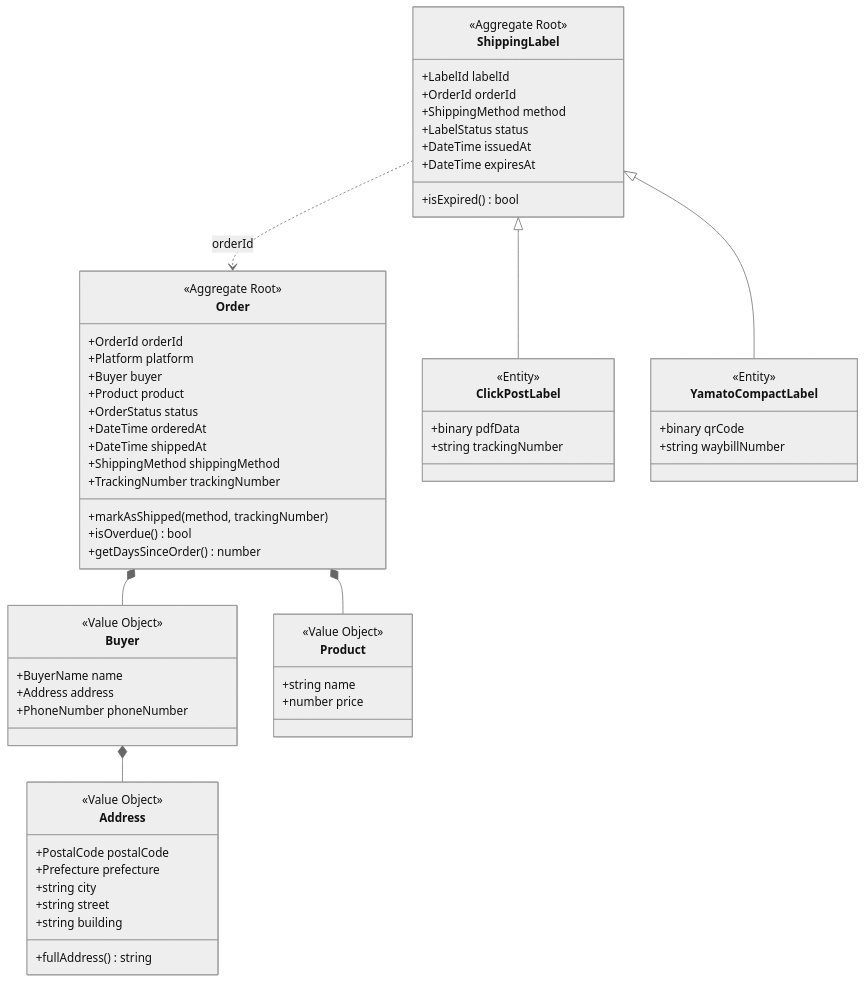
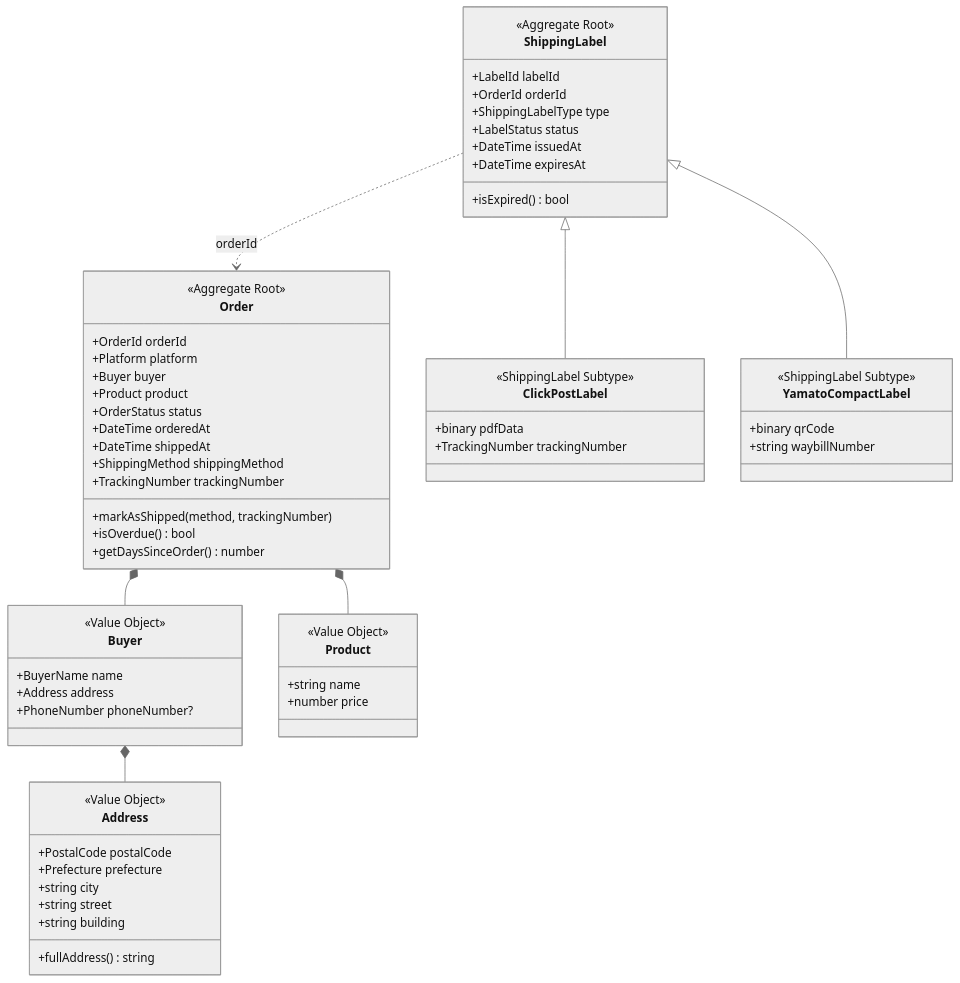
Before and after one commit to toru0514/handmade-shipping-manager: the fifth of 6 diagrams in docs/domain/aggregate-design.md, drawn with Mermaid (neutral theme). The commit also changed other lines of this file and 8 other files, not shown here.

````diff
--- a/docs/domain/aggregate-design.md
+++ b/docs/domain/aggregate-design.md
@@ -202,71 +202,71 @@
 ```mermaid
 classDiagram
     class Order {
         <<Aggregate Root>>
         +OrderId orderId
         +Platform platform
         +Buyer buyer
         +Product product
         +OrderStatus status
         +DateTime orderedAt
         +DateTime shippedAt
         +ShippingMethod shippingMethod
         +TrackingNumber trackingNumber
         +markAsShipped(method, trackingNumber)
         +isOverdue() bool
         +getDaysSinceOrder() number
     }
 
     class Buyer {
         <<Value Object>>
         +BuyerName name
         +Address address
-        +PhoneNumber phoneNumber
+        +PhoneNumber phoneNumber?
     }
 
     class Address {
         <<Value Object>>
         +PostalCode postalCode
         +Prefecture prefecture
         +string city
         +string street
         +string building
         +fullAddress() string
     }
 
     class Product {
         <<Value Object>>
         +string name
         +number price
     }
 
     class ShippingLabel {
         <<Aggregate Root>>
         +LabelId labelId
         +OrderId orderId
-        +ShippingMethod method
+        +ShippingLabelType type
         +LabelStatus status
         +DateTime issuedAt
         +DateTime expiresAt
         +isExpired() bool
     }
 
     class ClickPostLabel {
-        <<Entity>>
+        <<ShippingLabel Subtype>>
         +binary pdfData
-        +string trackingNumber
+        +TrackingNumber trackingNumber
     }
 
     class YamatoCompactLabel {
-        <<Entity>>
+        <<ShippingLabel Subtype>>
         +binary qrCode
         +string waybillNumber
     }
 
     Order *-- Buyer
     Order *-- Product
     Buyer *-- Address
     ShippingLabel <|-- ClickPostLabel
     ShippingLabel <|-- YamatoCompactLabel
     ShippingLabel ..> Order : orderId
 ```
````
